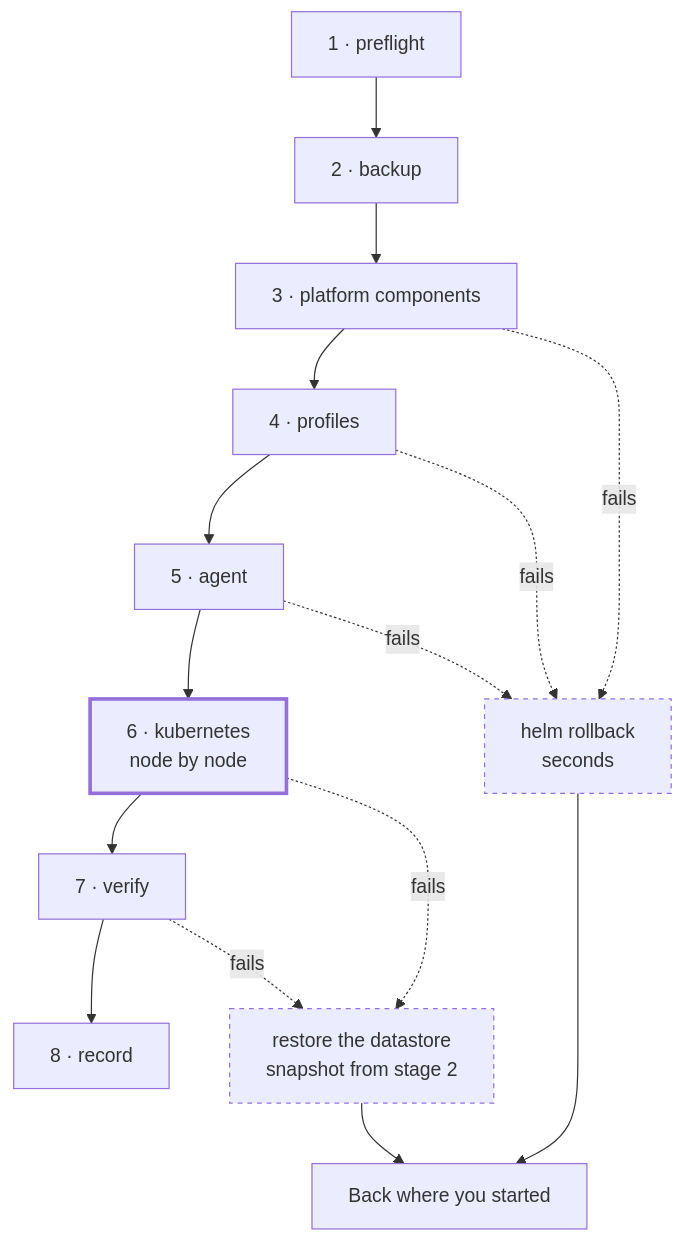
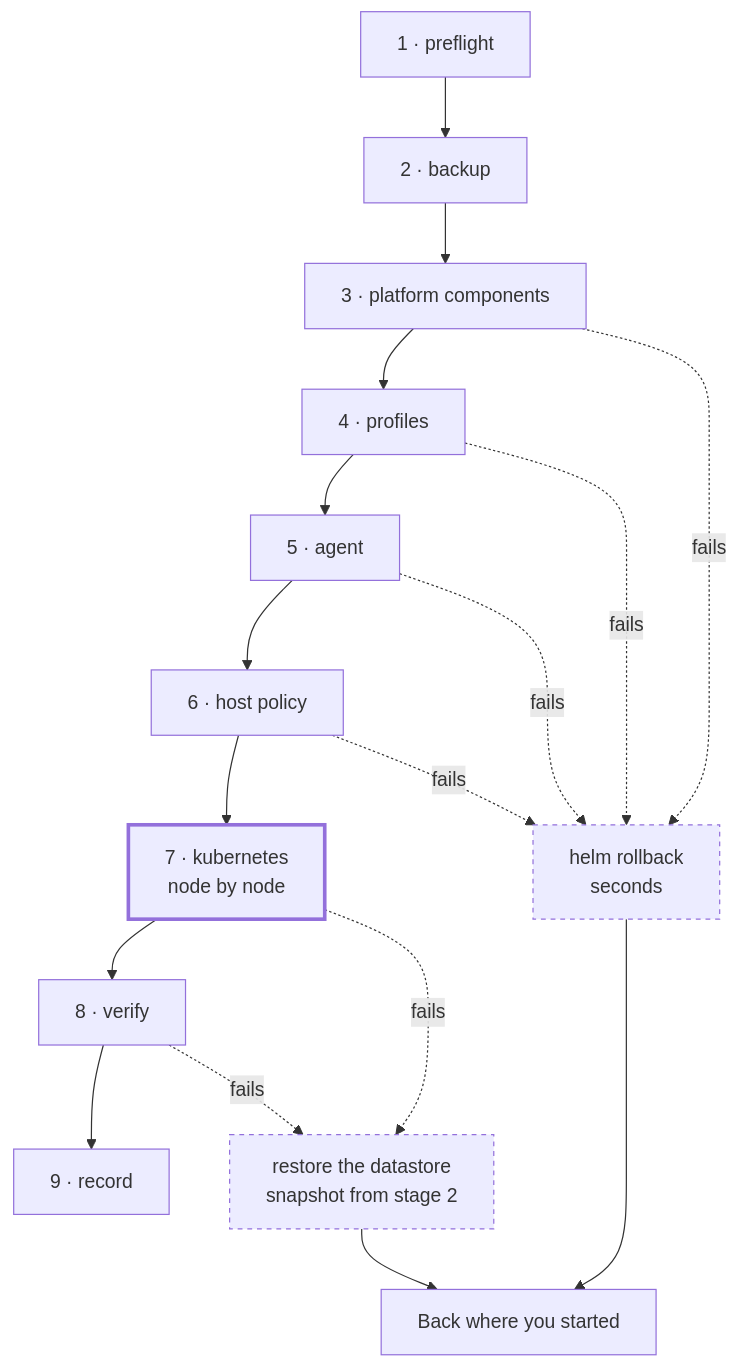
One commit to kubenesthq/docs changed the diagram in content/upgrades.mdx. Above: the diagram before and after it, drawn with Mermaid. The commit also changed other lines of this file, not shown here.

First line of the commit message:
The upgrade host step: the APT drop-in and the reboot hold on existing workload clusters (kn-t73-upgrade-host-step-apt-jp0a)

````diff
--- a/content/upgrades.mdx
+++ b/content/upgrades.mdx
@@ -186,21 +187,22 @@
 ```mermaid
 flowchart TD
     S1["1 · preflight"] --> S2["2 · backup"]
     S2 --> S3["3 · platform components"]
     S3 --> S4["4 · profiles"] --> S5["5 · agent"]
-    S5 --> S6["6 · kubernetes<br/>node by node"]
-    S6 --> S7["7 · verify"] --> S8["8 · record"]
+    S5 --> S5b["6 · host policy"] --> S6["7 · kubernetes<br/>node by node"]
+    S6 --> S7["8 · verify"] --> S8["9 · record"]
 
     S3 -. "fails" .-> R1["helm rollback<br/>seconds"]
     S4 -. "fails" .-> R1
     S5 -. "fails" .-> R1
+    S5b -. "fails" .-> R1
     S6 -. "fails" .-> R2["restore the datastore<br/>snapshot from stage 2"]
     S7 -. "fails" .-> R2
 
     R1 --> BACK["Back where you started"]
     R2 --> BACK
 
     style R1 stroke-dasharray: 4 4
     style R2 stroke-dasharray: 4 4
     style S6 stroke-width:3px
 ```
````
